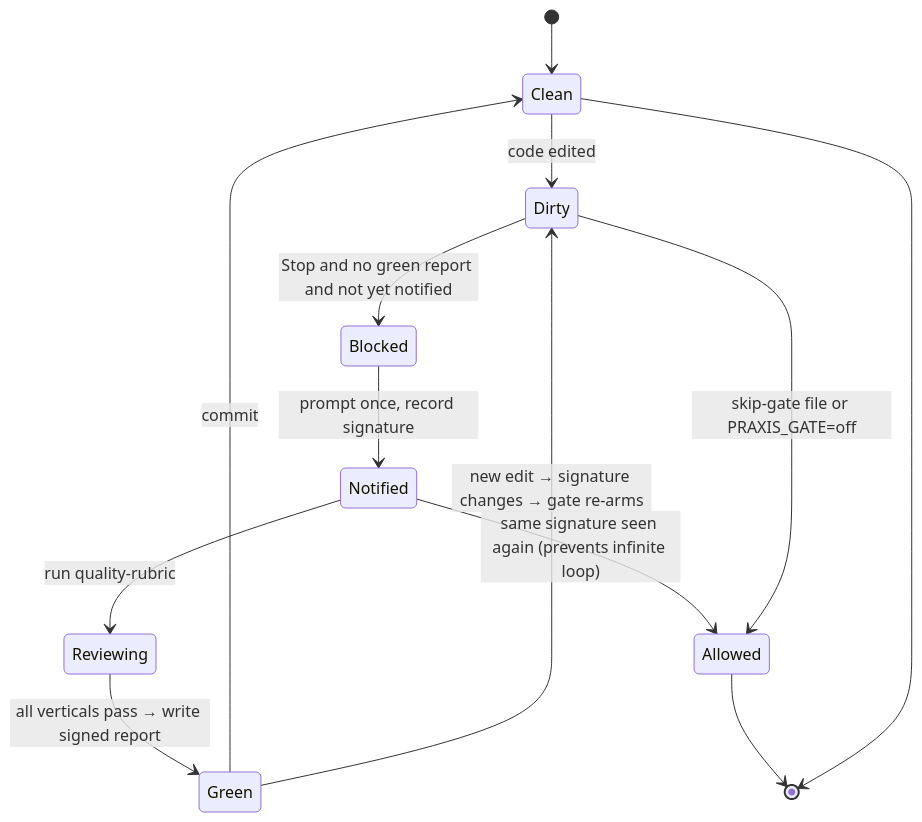
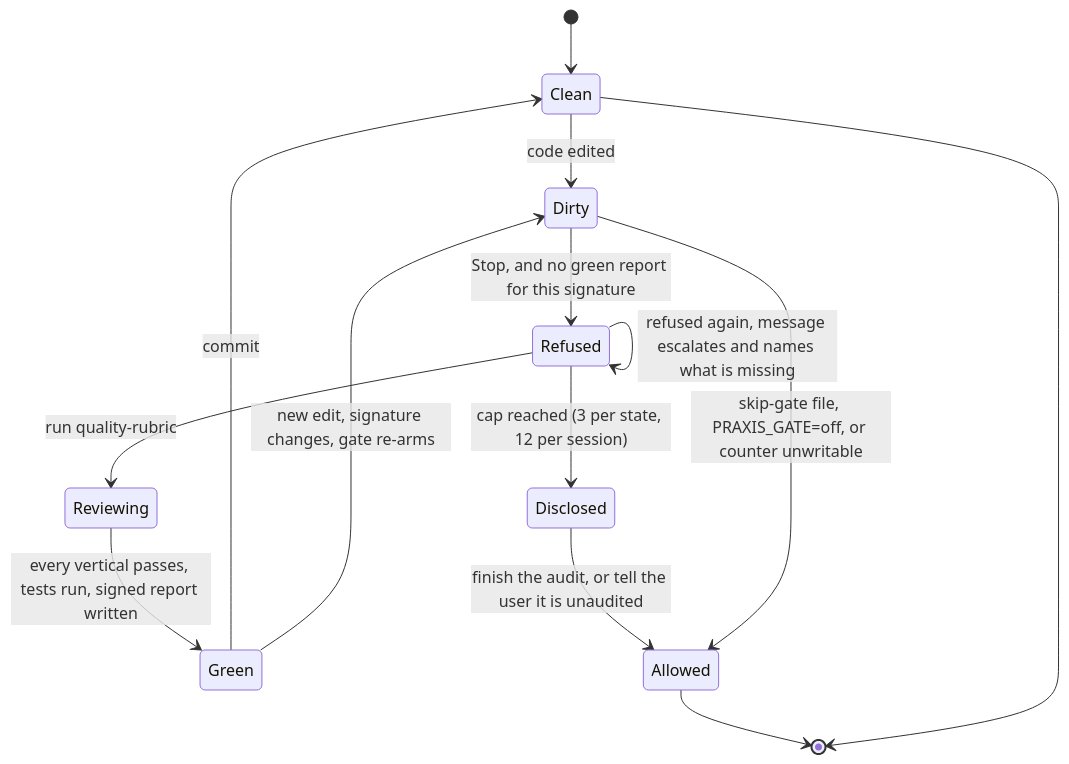
Before and after one commit to Ohswedd/praxis: the fourth of 5 diagrams in docs/FLOWS.md, drawn with Mermaid. The commit also changed other lines of this file and 107 other files, not shown here.

````diff
--- a/docs/FLOWS.md
+++ b/docs/FLOWS.md
@@ -112,15 +112,16 @@
 ```mermaid
 stateDiagram-v2
     [*] --> Clean
     Clean --> Dirty: code edited
-    Dirty --> Blocked: Stop and no green report and not yet notified
-    Blocked --> Notified: prompt once, record signature
-    Notified --> Reviewing: run quality-rubric
-    Reviewing --> Green: all verticals pass → write signed report
+    Dirty --> Refused: Stop, and no green report for this signature
+    Refused --> Refused: refused again, message escalates and names what is missing
+    Refused --> Reviewing: run quality-rubric
+    Reviewing --> Green: every vertical passes, tests run, signed report written
     Green --> Clean: commit
-    Green --> Dirty: new edit → signature changes → gate re-arms
-    Notified --> Allowed: same signature seen again (prevents infinite loop)
-    Dirty --> Allowed: skip-gate file or PRAXIS_GATE=off
+    Green --> Dirty: new edit, signature changes, gate re-arms
+    Refused --> Disclosed: cap reached (3 per state, 12 per session)
+    Disclosed --> Allowed: finish the audit, or tell the user it is unaudited
+    Dirty --> Allowed: skip-gate file, PRAXIS_GATE=off, or counter unwritable
     Allowed --> [*]
     Clean --> [*]
 ```
````
